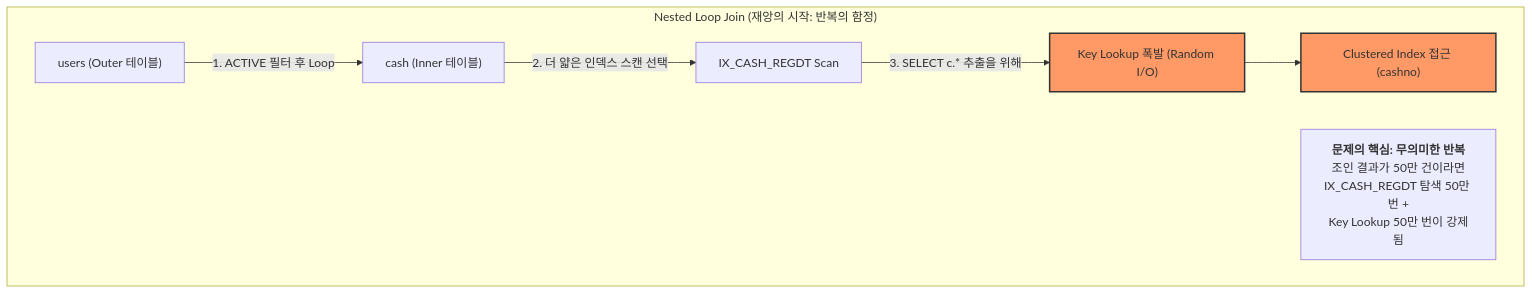
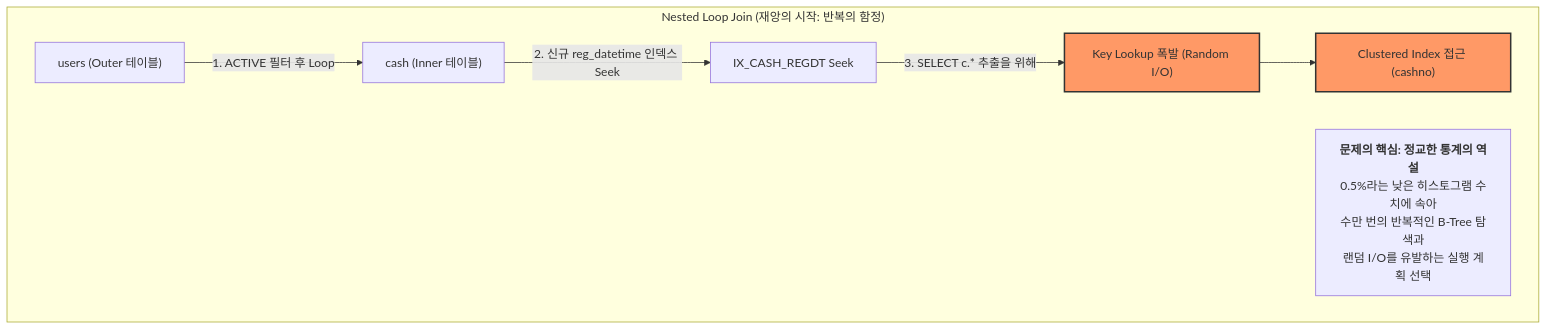
One commit to muzzaiwork/candidate changed the second of 3 diagrams in troubleshooting/payletter_index_optimization.md. Above: the diagram before and after it, drawn with Mermaid. The commit also changed other lines of this file, not shown here.

Commit message:
Update failure scenario with reg_datetime condition and explain plan changes

````diff
--- a/troubleshooting/payletter_index_optimization.md
+++ b/troubleshooting/payletter_index_optimization.md
@@ -67,15 +68,15 @@
 ```mermaid
 graph TD
     subgraph "Nested Loop Join (재앙의 시작: 반복의 함정)"
         U_Outer["users (Outer 테이블)"] -- "1. ACTIVE 필터 후 Loop" --> C_Inner["cash (Inner 테이블)"]
         
-        C_Inner -- "2. 더 얇은 인덱스 스캔 선택" --> N["IX_CASH_REGDT Scan"]
+        C_Inner -- "2. 신규 reg_datetime 인덱스 Seek" --> N["IX_CASH_REGDT Seek"]
         N -- "3. SELECT c.* 추출을 위해" --> K["Key Lookup 폭발 (Random I/O)"]
         K --> C_L["Clustered Index 접근 (cashno)"]
         
-        note2["<b>문제의 핵심: 무의미한 반복</b><br/>조인 결과가 50만 건이라면<br/>IX_CASH_REGDT 탐색 50만 번 +<br/>Key Lookup 50만 번이 강제됨"]
+        note2["<b>문제의 핵심: 정교한 통계의 역설</b><br/>0.5%라는 낮은 히스토그램 수치에 속아<br/>수만 번의 반복적인 B-Tree 탐색과<br/>랜덤 I/O를 유발하는 실행 계획 선택"]
     end
 
     style K fill:#f96,stroke:#333,stroke-width:2px
     style C_L fill:#f96,stroke:#333,stroke-width:2px
 ```
````
